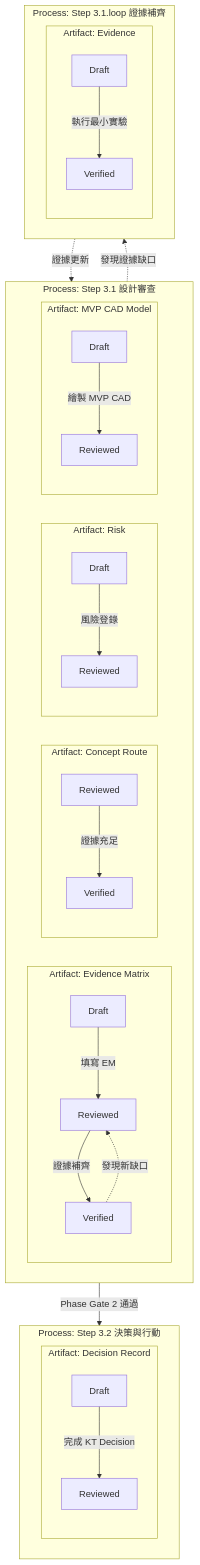
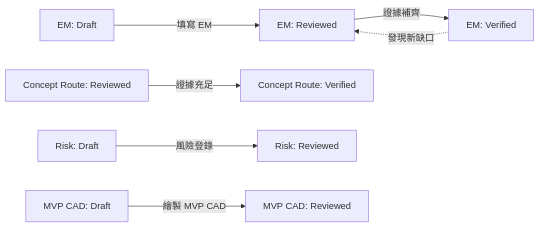
One commit to Zenobia000/AutoTRIZ_smart_design changed the third of 5 diagrams in docs/e2e/RD_Design_Copilot_State_Machine.md. Above: the diagram before and after it, drawn with Mermaid. The commit also changed other lines of this file, not shown here.

Commit message:
fix(docs): flatten nested subgraphs for Mermaid v8.8.0 compatibility
- Split dual-layer state machine into 3 separate flat diagrams
- Flatten parallel TRIZ/SCAMPER flowchart (remove outer subgraph wrapper)
- All diagrams now use single-level subgraphs only

````diff
--- a/docs/e2e/RD_Design_Copilot_State_Machine.md
+++ b/docs/e2e/RD_Design_Copilot_State_Machine.md
@@ -83,35 +96,9 @@
 ```mermaid
-graph TB
-    subgraph Process3_1["Process: Step 3.1 設計審查"]
-        subgraph EM_Artifact["Artifact: Evidence Matrix"]
-            EM_Draft["Draft"] -->|"填寫 EM"| EM_Reviewed["Reviewed"]
-            EM_Reviewed -->|"證據補齊"| EM_Verified["Verified"]
-            EM_Verified -.->|"發現新缺口"| EM_Reviewed
-        end
-        subgraph CR_Artifact["Artifact: Concept Route"]
-            CR_Reviewed["Reviewed"] -->|"證據充足"| CR_Verified["Verified"]
-        end
-        subgraph Risk_Artifact["Artifact: Risk"]
-            Risk_Draft["Draft"] -->|"風險登錄"| Risk_Reviewed["Reviewed"]
-        end
-        subgraph MVP_CAD["Artifact: MVP CAD Model"]
-            CAD_Draft["Draft"] -->|"繪製 MVP CAD"| CAD_Reviewed["Reviewed"]
-        end
-    end
-
-    subgraph Process3_1_loop["Process: Step 3.1.loop 證據補齊"]
-        subgraph Evid_Artifact["Artifact: Evidence"]
-            Evid_Draft["Draft"] -->|"執行最小實驗"| Evid_Verified["Verified"]
-        end
-    end
-
-    subgraph Process3_2["Process: Step 3.2 決策與行動"]
-        subgraph DR_Artifact["Artifact: Decision Record"]
-            DR_Draft["Draft"] -->|"完成 KT Decision"| DR_Reviewed["Reviewed"]
-        end
-    end
-
-    Process3_1 -.->|"發現證據缺口"| Process3_1_loop
-    Process3_1_loop -.->|"證據更新"| Process3_1
-    Process3_1 -->|"Phase Gate 2 通過"| Process3_2
+graph LR
+    EM_D["EM: Draft"] -->|"填寫 EM"| EM_R["EM: Reviewed"]
+    EM_R -->|"證據補齊"| EM_V["EM: Verified"]
+    EM_V -.->|"發現新缺口"| EM_R
+    CR_R["Concept Route: Reviewed"] -->|"證據充足"| CR_V["Concept Route: Verified"]
+    Risk_D["Risk: Draft"] -->|"風險登錄"| Risk_R["Risk: Reviewed"]
+    CAD_D["MVP CAD: Draft"] -->|"繪製 MVP CAD"| CAD_R["MVP CAD: Reviewed"]
 ```
````
